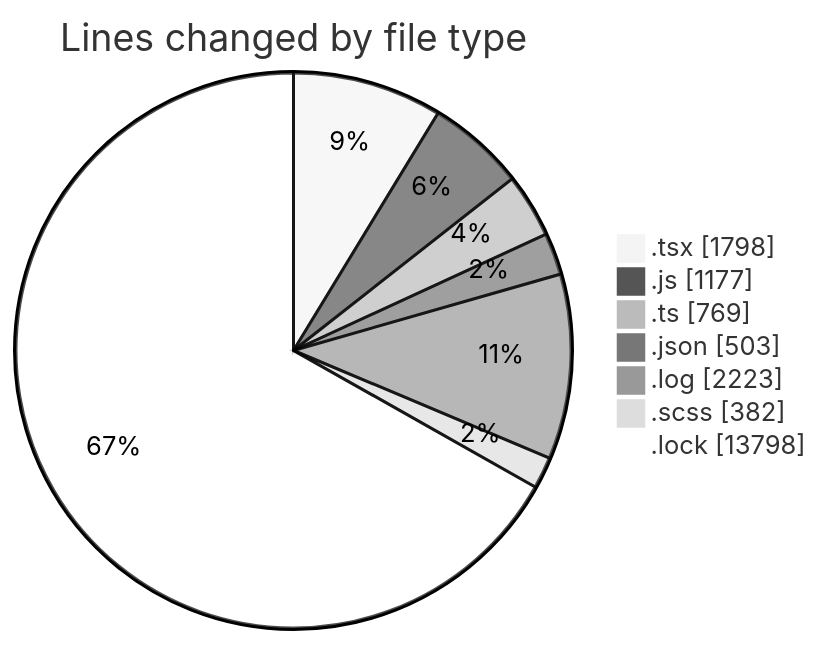
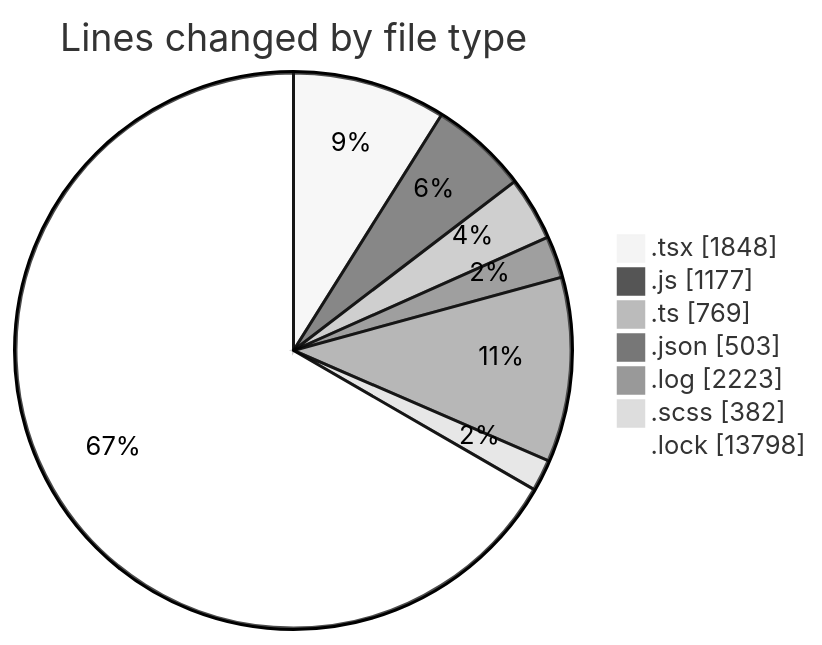
Before and after one commit to momahboobian/code-tracking: the first of 2 diagrams in 2026-04-17/cda/README.md, drawn with Mermaid (neutral theme). The commit also changed other lines of this file and 1 other file, not shown here.

````diff
--- a/2026-04-17/cda/README.md
+++ b/2026-04-17/cda/README.md
@@ -46,11 +47,11 @@
 ```mermaid
 pie showData
 title Lines changed by file type
-".tsx" : 1798
+".tsx" : 1848
 ".js" : 1177
 ".ts" : 769
 ".json" : 503
 ".log" : 2223
 ".scss" : 382
 ".lock" : 13798
 ```
````
